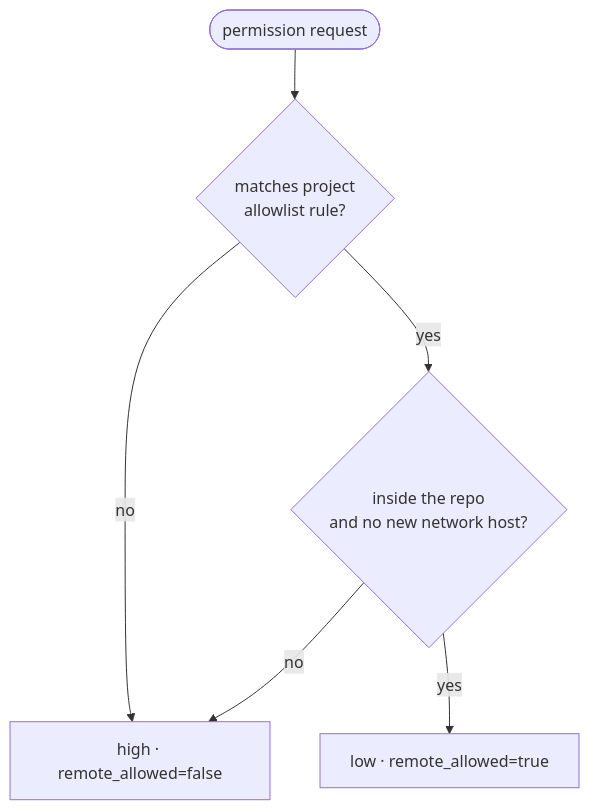
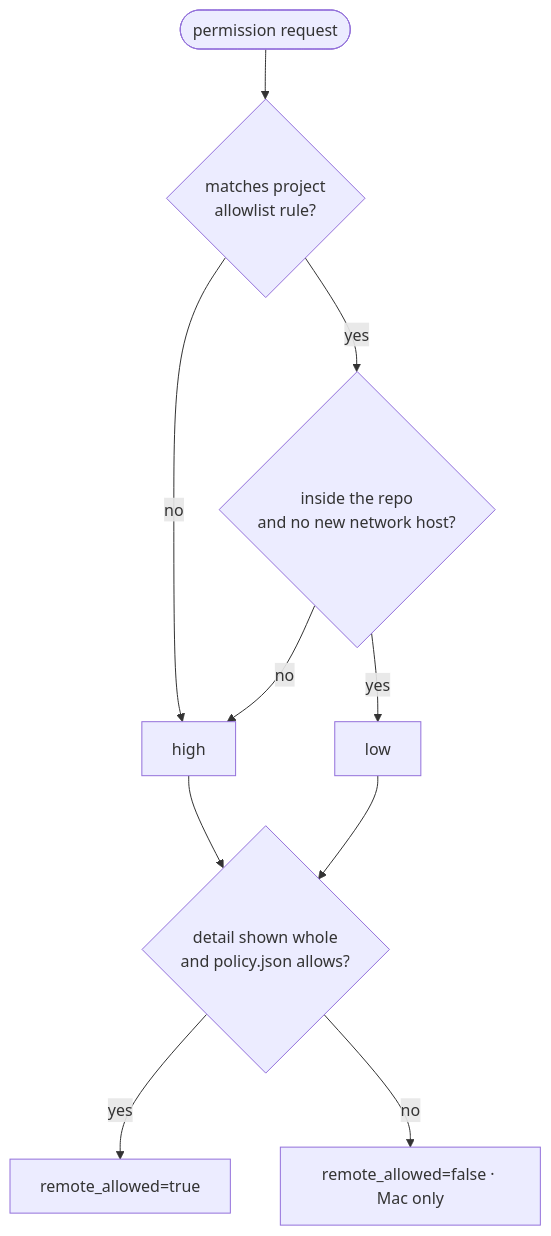
One commit to jaycorpstudios/clawd-body changed the diagram in docs/security/risk-policy.md. Above: the diagram before and after it, drawn with Mermaid. The commit also changed other lines of this file and 35 other files, not shown here.

First line of the commit message:
buddy, hilod: the request card scrolls with 72 px buttons, and high risk is approvable from the buddy with a 3 s hold plus a confirming tap; a command cut at 300 characters stays Mac-only (decided 2026-10-29 from dogfooding)

````diff
--- a/docs/security/risk-policy.md
+++ b/docs/security/risk-policy.md
@@ -11,8 +14,12 @@
 ```mermaid
 flowchart TD
     R([permission request]) --> A{matches project<br/>allowlist rule?}
-    A -->|no| H[high · remote_allowed=false]
+    A -->|no| H[high]
     A -->|yes| I{inside the repo<br/>and no new network host?}
     I -->|no| H
-    I -->|yes| L[low · remote_allowed=true]
+    I -->|yes| L[low]
+    H --> F{detail shown whole<br/>and policy.json allows?}
+    L --> F
+    F -->|yes| Y[remote_allowed=true]
+    F -->|no| N[remote_allowed=false · Mac only]
 ```
````
